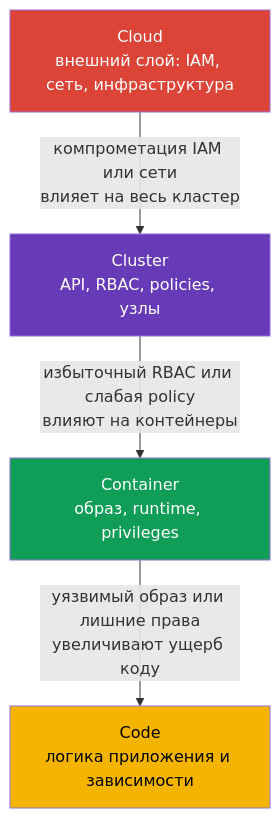
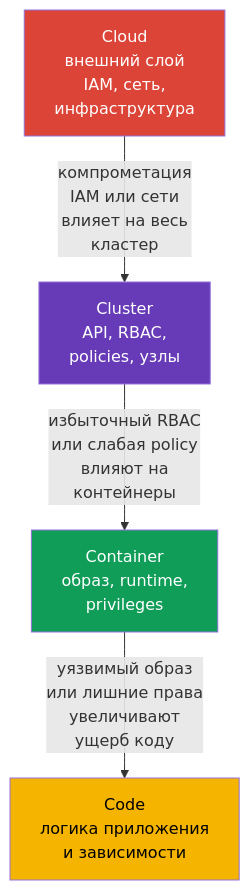
The third of 3 diagrams in tasks/kcsa/course/03/ru.md (ViktorUJ/cks), drawn with Mermaid before and after one commit. The commit also changed other lines of this file and 60 other files, not shown here.

````diff
--- a/tasks/kcsa/course/03/ru.md
+++ b/tasks/kcsa/course/03/ru.md
@@ -125,14 +125,14 @@
 ```mermaid
 flowchart TB
-    cloud["Cloud<br/>внешний слой: IAM, сеть, инфраструктура"]
-    cluster["Cluster<br/>API, RBAC, policies, узлы"]
-    container["Container<br/>образ, runtime, privileges"]
-    code["Code<br/>логика приложения и зависимости"]
-    cloud -->|"компрометация IAM или сети<br/>влияет на весь кластер"| cluster
-    cluster -->|"избыточный RBAC или слабая policy<br/>влияют на контейнеры"| container
-    container -->|"уязвимый образ или лишние права<br/>увеличивают ущерб коду"| code
+    cloud["Cloud<br/>внешний слой<br/>IAM, сеть,<br/>инфраструктура"]
+    cluster["Cluster<br/>API, RBAC,<br/>policies, узлы"]
+    container["Container<br/>образ, runtime,<br/>privileges"]
+    code["Code<br/>логика приложения<br/>и зависимости"]
+    cloud -->|"компрометация<br/>IAM или сети<br/>влияет на весь<br/>кластер"| cluster
+    cluster -->|"избыточный RBAC<br/>или слабая policy<br/>влияют на<br/>контейнеры"| container
+    container -->|"уязвимый образ<br/>или лишние права<br/>увеличивают<br/>ущерб коду"| code
     style cloud fill:#db4437,color:#fff
     style cluster fill:#673ab7,color:#fff
     style container fill:#0f9d58,color:#fff
     style code fill:#f4b400,color:#000
 ```
````
